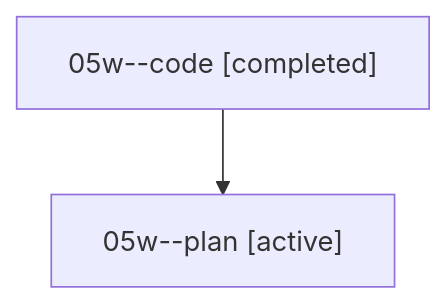
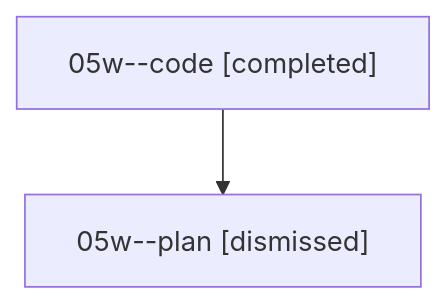
One commit to sase-org/sase--agents changed the diagram in sessions/bbugyi200.athena.05w.md. Above: the diagram before and after it, drawn with Mermaid. The commit also changed other lines of this file and 43 other files, not shown here.

````diff
--- a/sessions/bbugyi200.athena.05w.md
+++ b/sessions/bbugyi200.athena.05w.md
@@ -9,6 +9,6 @@
 ```mermaid
 flowchart TD
   n0["05w--code [completed]"]
-  n1["05w--plan [active]"]
+  n1["05w--plan [dismissed]"]
   n0 --> n1
 ```
````
